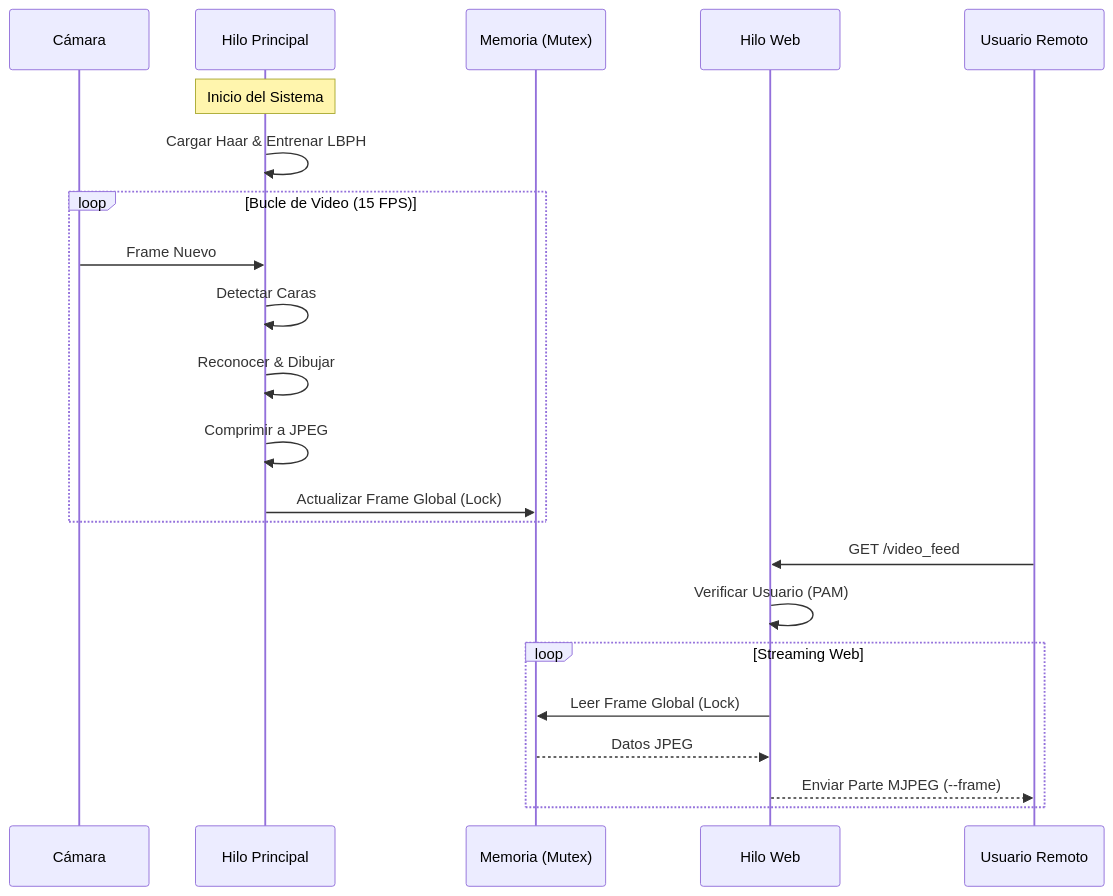
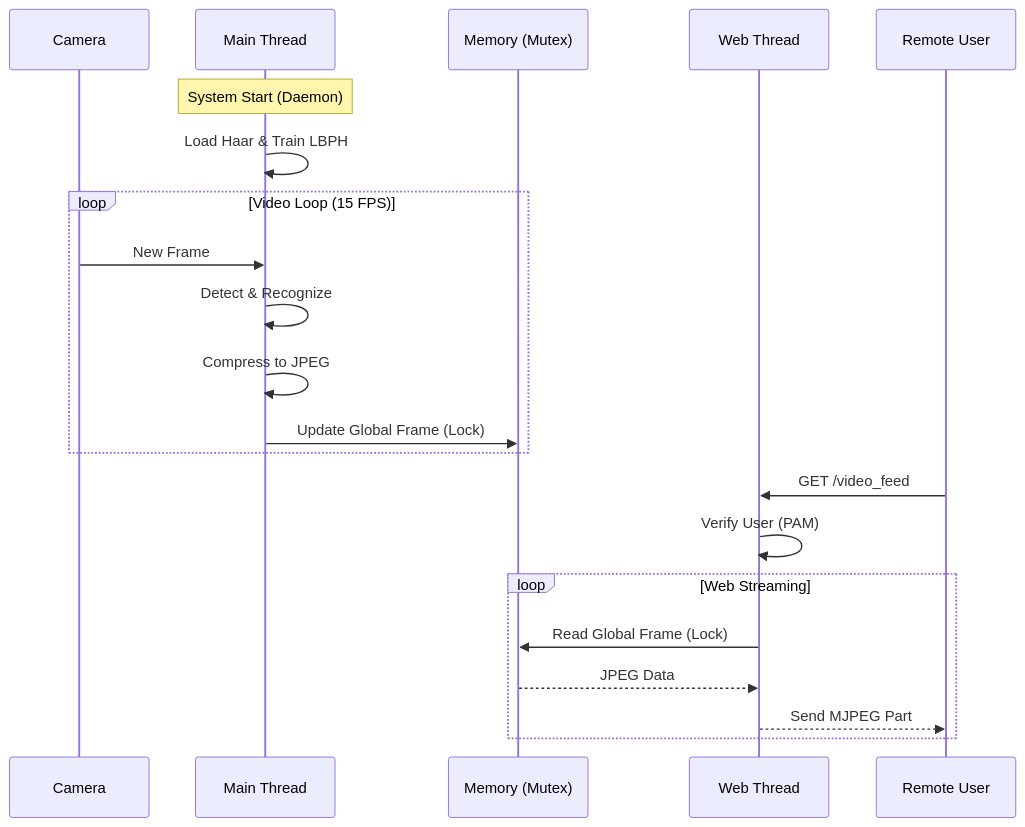
Before and after one commit to jomendietad/Face-Recognition: the second of 2 diagrams in README.md, drawn with Mermaid. The commit also changed other lines of this file, not shown here.

````diff
--- a/README.md
+++ b/README.md
@@ -80,28 +80,27 @@
 ```mermaid
 sequenceDiagram
-    participant Cam as Cámara
-    participant Main as Hilo Principal
-    participant Shared as Memoria (Mutex)
-    participant Web as Hilo Web
-    participant User as Usuario Remoto
+    participant Cam as Camera
+    participant Main as Main Thread
+    participant Shared as Memory (Mutex)
+    participant Web as Web Thread
+    participant User as Remote User
 
-    Note over Main: Inicio del Sistema
-    Main->>Main: Cargar Haar & Entrenar LBPH
+    Note over Main: System Start (Daemon)
+    Main->>Main: Load Haar & Train LBPH
     
-    loop Bucle de Video (15 FPS)
-        Cam->>Main: Frame Nuevo
-        Main->>Main: Detectar Caras
-        Main->>Main: Reconocer & Dibujar
-        Main->>Main: Comprimir a JPEG
-        Main->>Shared: Actualizar Frame Global (Lock)
+    loop Video Loop (15 FPS)
+        Cam->>Main: New Frame
+        Main->>Main: Detect & Recognize
+        Main->>Main: Compress to JPEG
+        Main->>Shared: Update Global Frame (Lock)
     end
 
     User->>Web: GET /video_feed
-    Web->>Web: Verificar Usuario (PAM)
+    Web->>Web: Verify User (PAM)
     
-    loop Streaming Web
-        Web->>Shared: Leer Frame Global (Lock)
-        Shared-->>Web: Datos JPEG
-        Web-->>User: Enviar Parte MJPEG (--frame)
+    loop Web Streaming
+        Web->>Shared: Read Global Frame (Lock)
+        Shared-->>Web: JPEG Data
+        Web-->>User: Send MJPEG Part
     end
 ```
````
